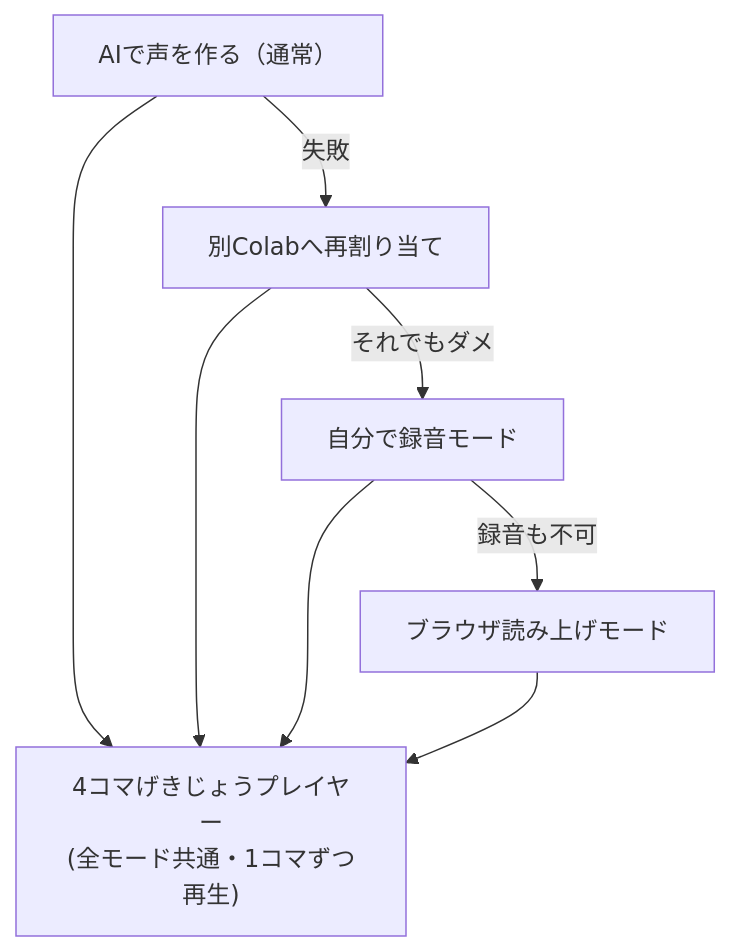
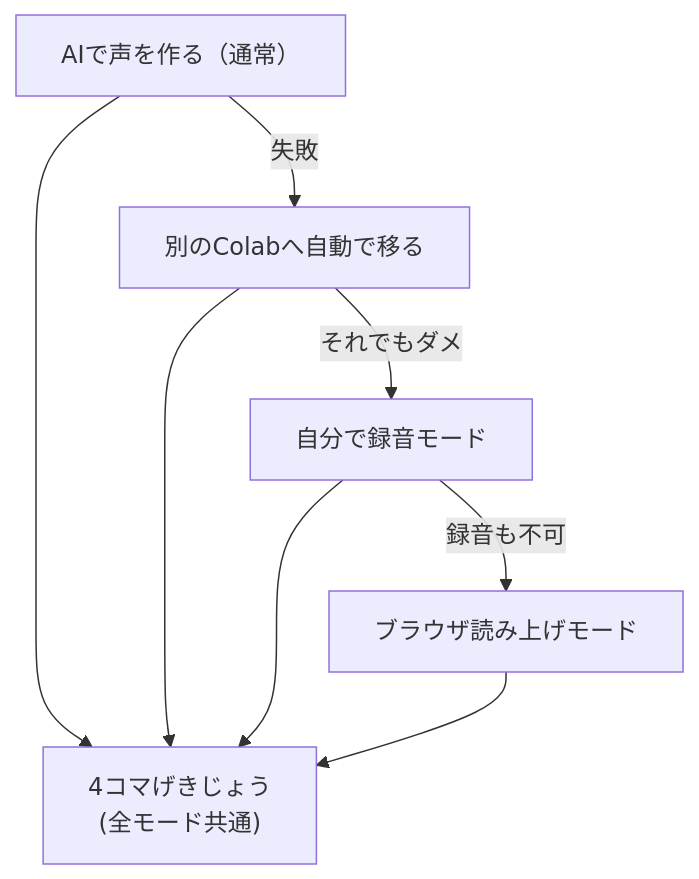
Before and after one commit to TaiyoYamada/koekomi: the second of 2 diagrams in README.md, drawn with Mermaid. The commit also changed other lines of this file and 6 other files, not shown here.

````diff
--- a/README.md
+++ b/README.md
@@ -166,10 +154,10 @@
 ```mermaid
 flowchart TD
-    A["AIで声を作る（通常）"] -->|失敗| B["別Colabへ再割り当て"]
+    A["AIで声を作る（通常）"] -->|失敗| B["別のColabへ自動で移る"]
     B -->|それでもダメ| C["自分で録音モード"]
     C -->|録音も不可| D["ブラウザ読み上げモード"]
-    A --> P["4コマげきじょうプレイヤー<br/>(全モード共通・1コマずつ再生)"]
+    A --> P["4コマげきじょう<br/>(全モード共通)"]
     B --> P
     C --> P
     D --> P
 ```
````
